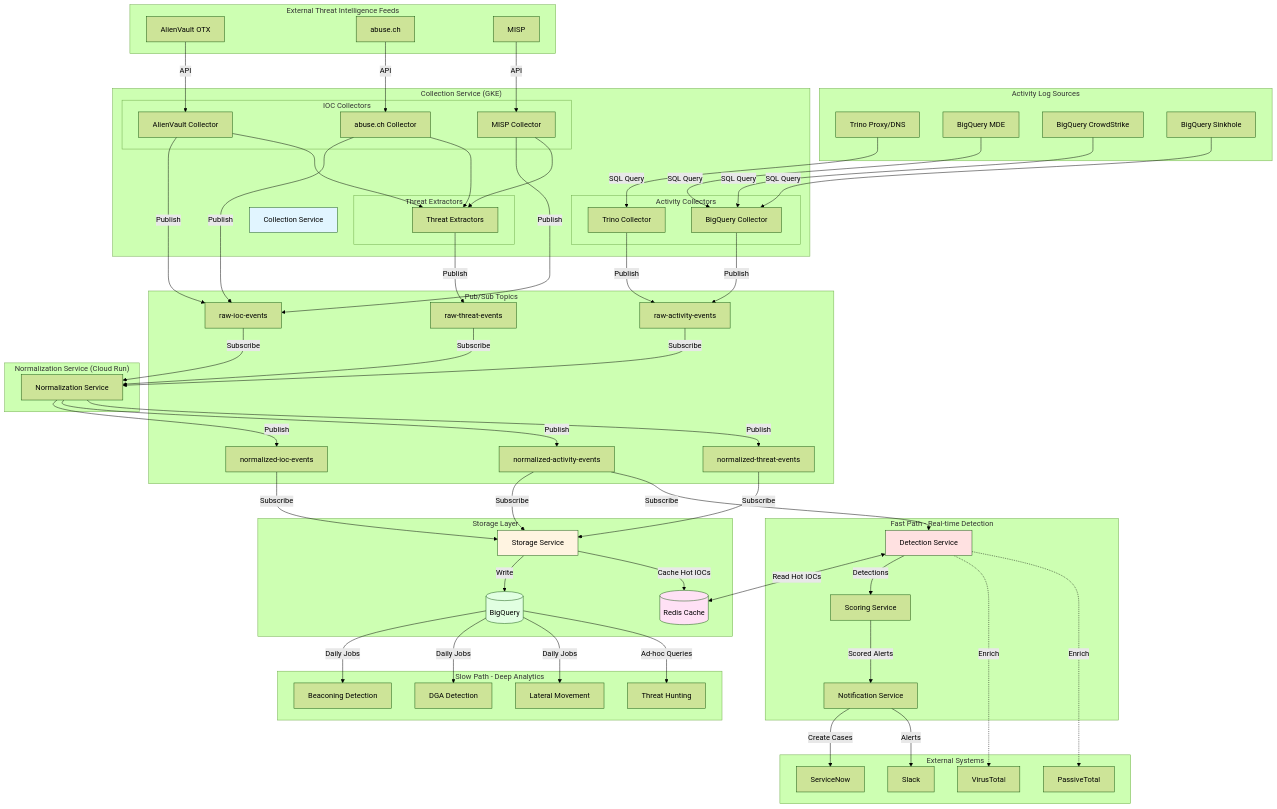
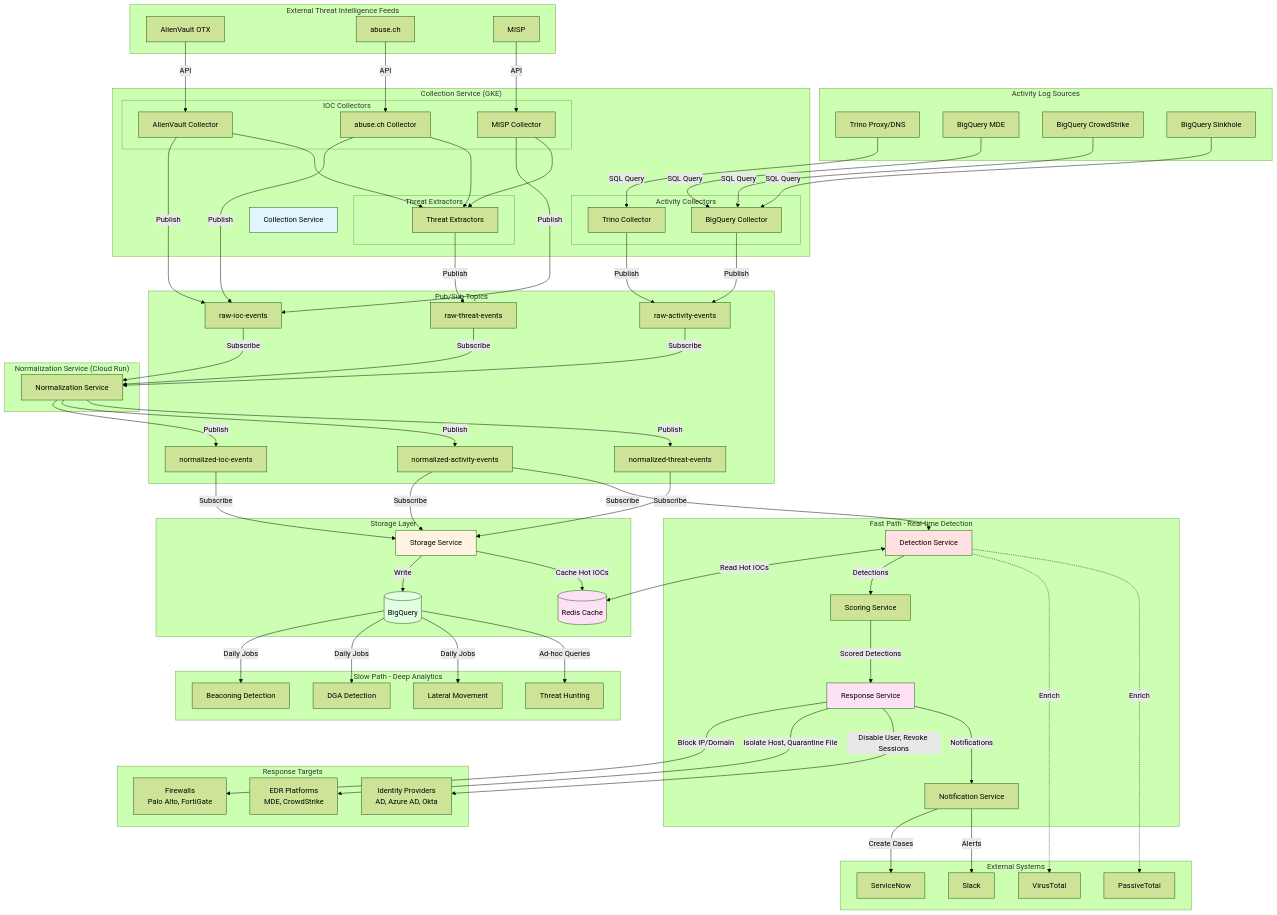
One commit to BrizoSec/ladon changed the first of 15 diagrams in docs/ARCHITECTURE_DIAGRAMS.md. Above: the diagram before and after it, drawn with Mermaid (forest theme). The commit also changed other lines of this file and 12 other files, not shown here.

Commit message:
Response Service components.

````diff
--- a/docs/ARCHITECTURE_DIAGRAMS.md
+++ b/docs/ARCHITECTURE_DIAGRAMS.md
@@ -67,6 +67,7 @@
     subgraph "Fast Path - Real-time Detection"
         DETECT[Detection Service]
         SCORE[Scoring Service]
+        RESPONSE[Response Service]
         NOTIFY[Notification Service]
     end
 
@@ -82,6 +83,12 @@
         SLACK[Slack]
         VT[VirusTotal]
         PT[PassiveTotal]
+    end
+
+    subgraph "Response Targets"
+        FW[Firewalls<br/>Palo Alto, FortiGate]
+        EDR[EDR Platforms<br/>MDE, CrowdStrike]
+        IAM[Identity Providers<br/>AD, Azure AD, Okta]
     end
 
     %% IOC Flow
@@ -125,7 +132,11 @@
     NORM_ACT -->|Subscribe| DETECT
     DETECT <-->|Read Hot IOCs| REDIS
     DETECT -->|Detections| SCORE
-    SCORE -->|Scored Alerts| NOTIFY
+    SCORE -->|Scored Detections| RESPONSE
+    RESPONSE -->|Block IP/Domain| FW
+    RESPONSE -->|Isolate Host, Quarantine File| EDR
+    RESPONSE -->|Disable User, Revoke Sessions| IAM
+    RESPONSE -->|Notifications| NOTIFY
     NOTIFY -->|Create Cases| SNOW
     NOTIFY -->|Alerts| SLACK
 
@@ -142,6 +153,7 @@
     style CS fill:#e1f5ff
     style STORAGE fill:#fff4e1
     style DETECT fill:#ffe1e1
+    style RESPONSE fill:#ffe1f5
     style BQ fill:#e1ffe1
     style REDIS fill:#ffe1f5
 ```
````
